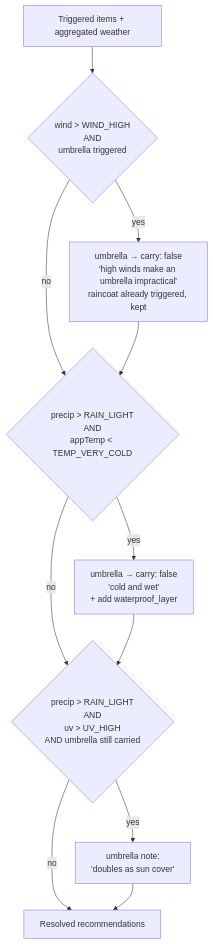
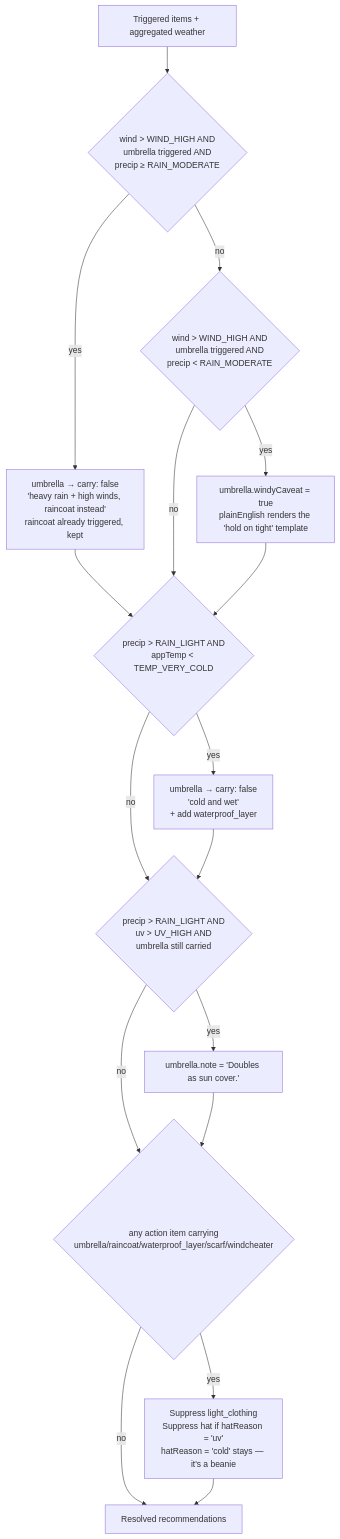
The seventh of 7 diagrams in docs/ALGORITHM_FLOW.md (meetsaiya/weather), drawn with Mermaid before and after one commit. The commit also changed other lines of this file and 2 other files, not shown here.

````diff
--- a/docs/ALGORITHM_FLOW.md
+++ b/docs/ALGORITHM_FLOW.md
@@ -186,13 +201,19 @@
 ```mermaid
 flowchart TD
-  IN[Triggered items + aggregated weather] --> R1
-  R1{wind &gt; WIND_HIGH<br/>AND<br/>umbrella triggered} -->|yes| SUP1[umbrella → carry: false<br/>'high winds make an umbrella impractical'<br/>raincoat already triggered, kept]
-  R1 -->|no| R2
-  SUP1 --> R2
-  R2{precip &gt; RAIN_LIGHT<br/>AND<br/>appTemp &lt; TEMP_VERY_COLD} -->|yes| SUP2[umbrella → carry: false<br/>'cold and wet'<br/>+ add waterproof_layer]
+  IN[Triggered items + aggregated weather] --> R1A
+  R1A{wind &gt; WIND_HIGH AND<br/>umbrella triggered AND<br/>precip ≥ RAIN_MODERATE} -->|yes| SUP1A[umbrella → carry: false<br/>'heavy rain + high winds, raincoat instead'<br/>raincoat already triggered, kept]
+  R1A -->|no| R1B
+  SUP1A --> R2
+  R1B{wind &gt; WIND_HIGH AND<br/>umbrella triggered AND<br/>precip &lt; RAIN_MODERATE} -->|yes| ANN1B[umbrella.windyCaveat = true<br/>plainEnglish renders the 'hold on tight' template]
+  R1B -->|no| R2
+  ANN1B --> R2
+  R2{precip &gt; RAIN_LIGHT AND<br/>appTemp &lt; TEMP_VERY_COLD} -->|yes| SUP2[umbrella → carry: false<br/>'cold and wet'<br/>+ add waterproof_layer]
   R2 -->|no| R3
   SUP2 --> R3
-  R3{precip &gt; RAIN_LIGHT<br/>AND<br/>uv &gt; UV_HIGH<br/>AND umbrella still carried} -->|yes| ANN[umbrella note:<br/>'doubles as sun cover']
-  R3 -->|no| OUT
-  ANN --> OUT[Resolved recommendations]
+  R3{precip &gt; RAIN_LIGHT AND<br/>uv &gt; UV_HIGH AND<br/>umbrella still carried} -->|yes| ANN[umbrella.note = 'Doubles as sun cover.']
+  R3 -->|no| R4
+  ANN --> R4
+  R4{any action item carrying<br/>umbrella/raincoat/waterproof_layer/scarf/windcheater} -->|yes| SUP4[Suppress light_clothing<br/>Suppress hat if hatReason = 'uv'<br/>hatReason = 'cold' stays — it's a beanie]
+  R4 -->|no| OUT[Resolved recommendations]
+  SUP4 --> OUT
 ```
````
